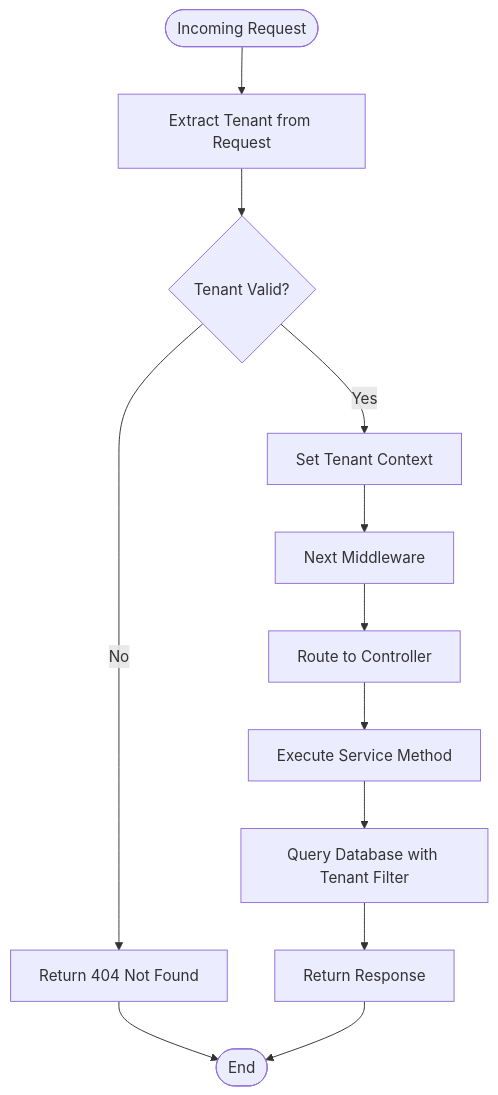
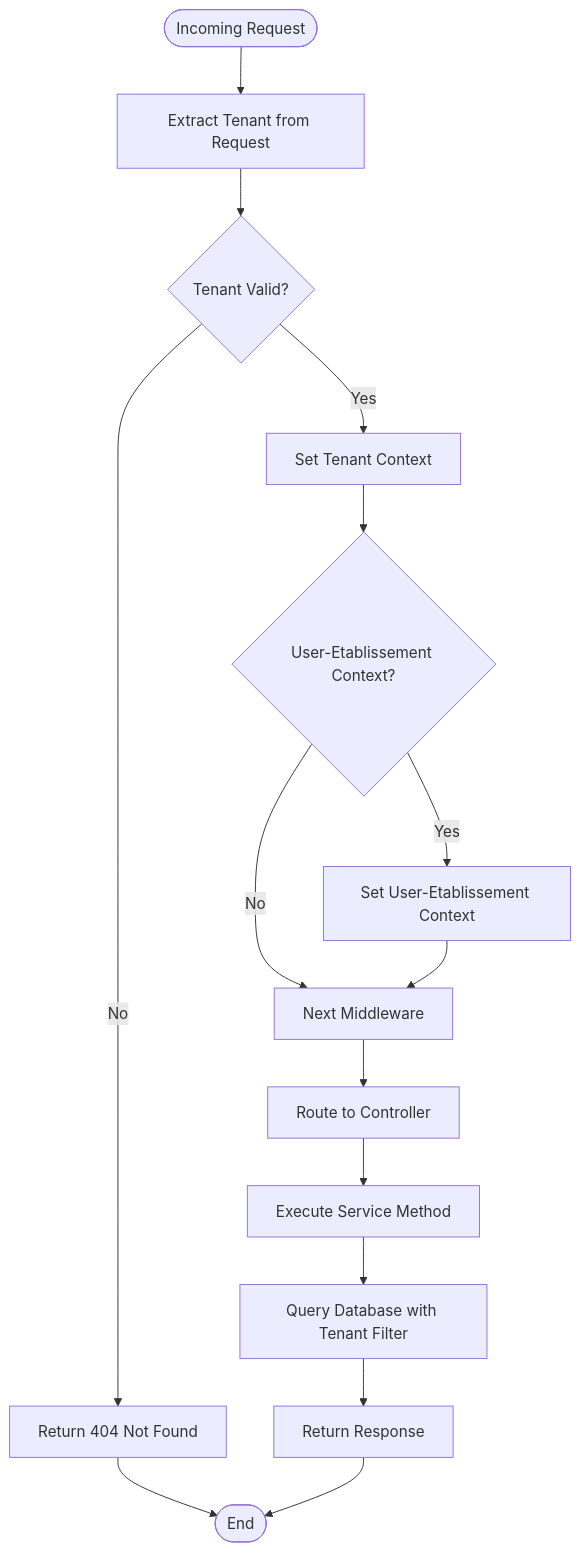
The seventh of 15 diagrams in .qoder/repowiki/en/content/Modules & Features/Administrative Modules/Establishment Management.md (franckylab/eLISAschool), drawn with Mermaid before and after one commit. The commit also changed other lines of this file and 75 other files, not shown here.

````diff
--- a/.qoder/repowiki/en/content/Modules & Features/Administrative Modules/Establishment Management.md
+++ b/.qoder/repowiki/en/content/Modules & Features/Administrative Modules/Establishment Management.md
@@ -249,14 +357,17 @@
 ```mermaid
 flowchart TD
 Start([Incoming Request]) --> ExtractTenant["Extract Tenant from Request"]
 ExtractTenant --> ValidateTenant{"Tenant Valid?"}
 ValidateTenant --> |Yes| SetContext["Set Tenant Context"]
-SetContext --> NextMW["Next Middleware"]
+SetContext --> CheckUserEtab{"User-Etablissement Context?"}
+CheckUserEtab --> |Yes| SetUserEtabContext["Set User-Etablissement Context"]
+CheckUserEtab --> |No| NextMW["Next Middleware"]
 ValidateTenant --> |No| Error404["Return 404 Not Found"]
+SetUserEtabContext --> NextMW
 NextMW --> Controller["Route to Controller"]
 Controller --> Service["Execute Service Method"]
 Service --> Repository["Query Database with Tenant Filter"]
 Repository --> Response["Return Response"]
 Error404 --> End([End])
 Response --> End
 ```
````
